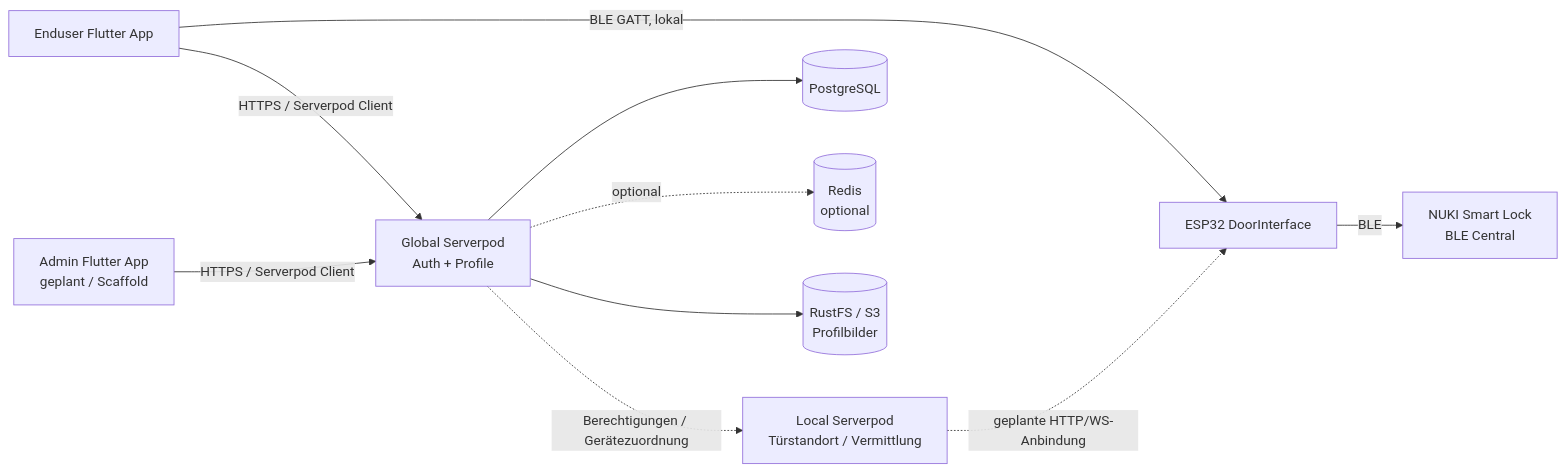
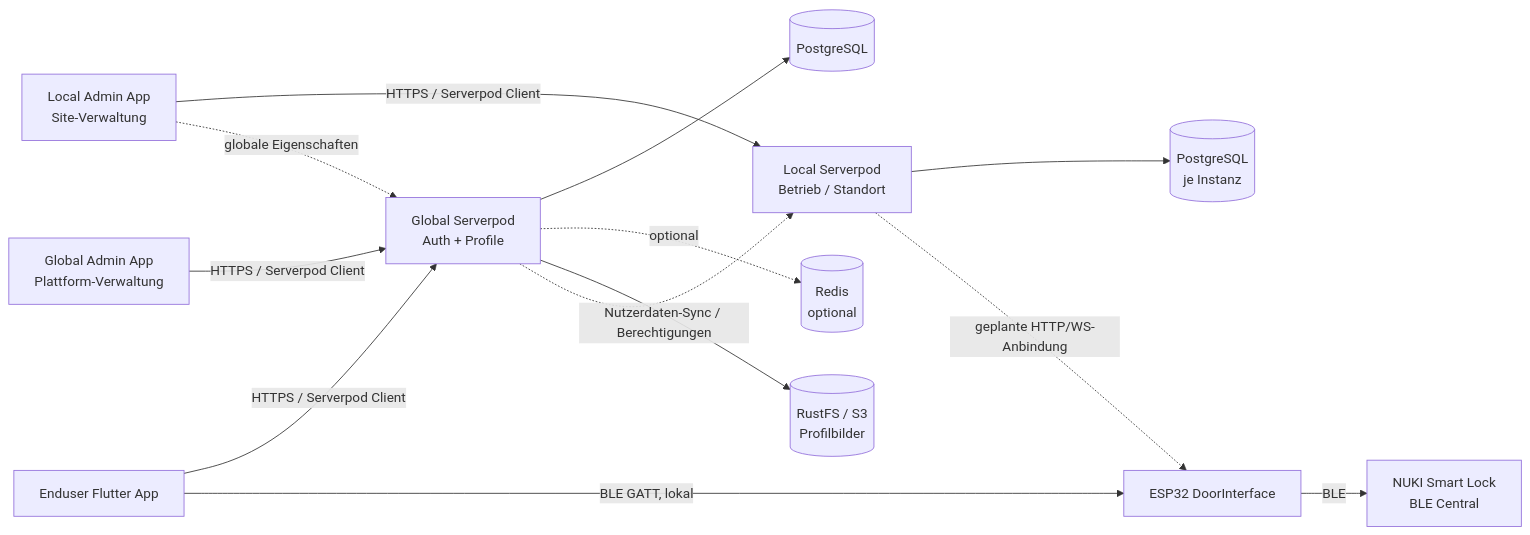
The first of 2 diagrams in docs/project.md (itsfair/top_attempt), drawn with Mermaid before and after one commit. The commit also changed other lines of this file and 313 other files, not shown here.

Commit message:
added local and global frontend and updated doku

````diff
--- a/docs/project.md
+++ b/docs/project.md
@@ -31,22 +37,26 @@
 ```mermaid
 flowchart LR
     U[Enduser Flutter App]
-    A[Admin Flutter App<br/>geplant / Scaffold]
+    AG[Global Admin App<br/>Plattform-Verwaltung]
+    AL[Local Admin App<br/>Site-Verwaltung]
     G[Global Serverpod<br/>Auth + Profile]
-    L[Local Serverpod<br/>Türstandort / Vermittlung]
+    L[Local Serverpod<br/>Betrieb / Standort]
     DB[(PostgreSQL)]
     R[(Redis<br/>optional)]
     S[(RustFS / S3<br/>Profilbilder)]
     E[ESP32 DoorInterface]
     N[NUKI Smart Lock<br/>BLE Central]
 
     U -->|HTTPS / Serverpod Client| G
-    A -->|HTTPS / Serverpod Client| G
+    AG -->|HTTPS / Serverpod Client| G
+    AL -->|HTTPS / Serverpod Client| L
+    AL -. globale Eigenschaften .-> G
     G --> DB
     G -. optional .-> R
     G --> S
+    L --> DB2[(PostgreSQL<br/>je Instanz)]
+    L -. geplante HTTP/WS-Anbindung .-> E
+    G -. Nutzerdaten-Sync / Berechtigungen .-> L
     U -->|BLE GATT, lokal| E
     E -->|BLE| N
-    L -. geplante HTTP/WS-Anbindung .-> E
-    G -. Berechtigungen / Gerätezuordnung .-> L
 ```
````
